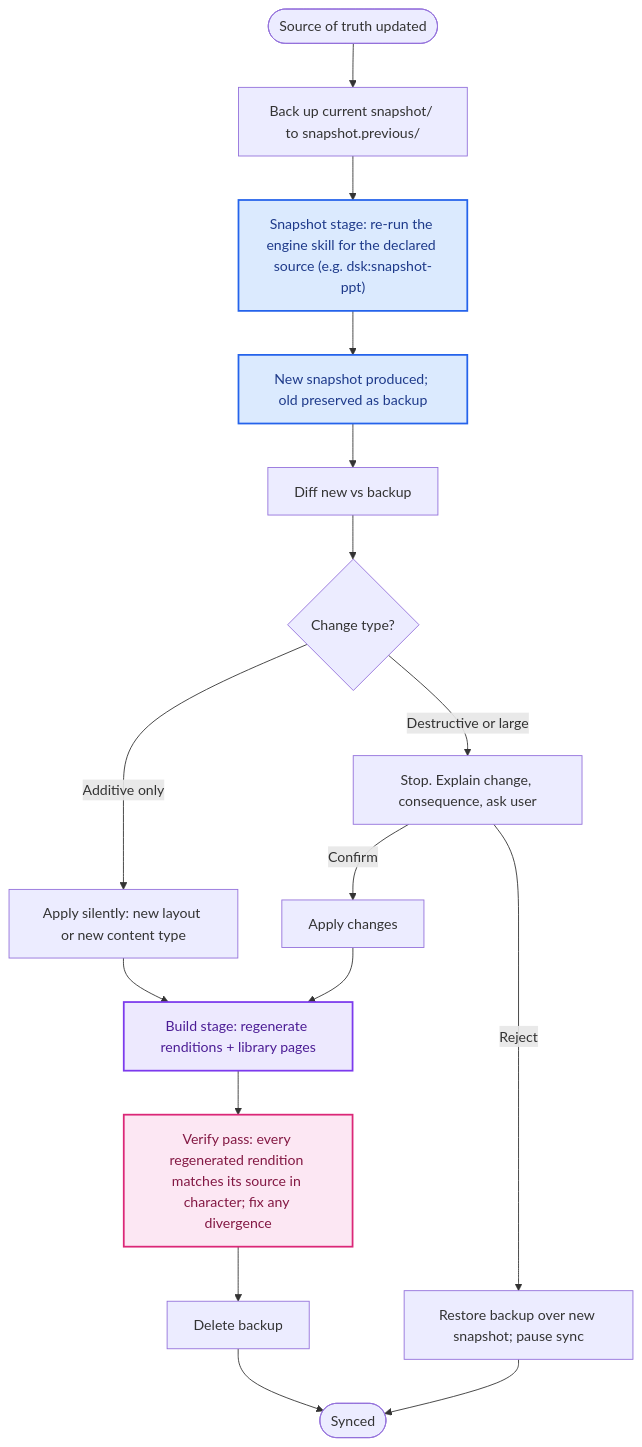
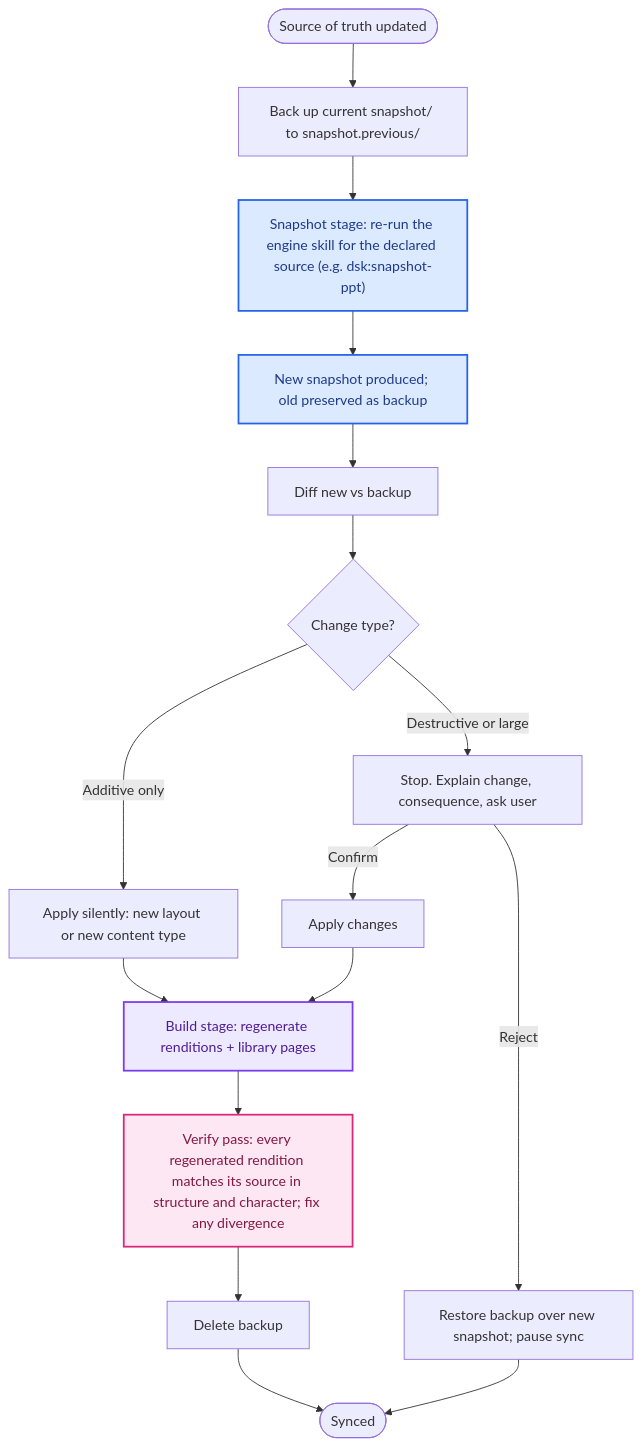
The fourth of 5 diagrams in dsk/skills/context/lifecycles.md (dawid-dahl-umain/design-system-kernel), drawn with Mermaid before and after one commit. The commit also changed other lines of this file and 5 other files, not shown here.

````diff
--- a/dsk/skills/context/lifecycles.md
+++ b/dsk/skills/context/lifecycles.md
@@ -142,25 +142,25 @@
 ```mermaid
 flowchart TD
     SourceChanged([Source of truth updated]) --> Backup["Back up current snapshot/ to snapshot.previous/"]
     Backup --> ReSnapshot["Snapshot stage: re-run the engine skill for the declared source (e.g. dsk:snapshot-ppt)"]
     ReSnapshot --> NewSnapshot[New snapshot produced; old preserved as backup]
     NewSnapshot --> Diff[Diff new vs backup]
     Diff --> Classify{Change type?}
     Classify -->|Additive only| AutoApply[Apply silently: new layout or new content type]
     Classify -->|Destructive or large| AskUser[Stop. Explain change, consequence, ask user]
     AskUser -->|Confirm| Apply[Apply changes]
     AskUser -->|Reject| Rollback[Restore backup over new snapshot; pause sync]
     AutoApply --> RegenArtifacts["Build stage: regenerate renditions + library pages"]
     Apply --> RegenArtifacts
-    RegenArtifacts --> Verify["Verify pass: every regenerated rendition matches its source in character; fix any divergence"]
+    RegenArtifacts --> Verify["Verify pass: every regenerated rendition matches its source in structure and character; fix any divergence"]
     Verify --> Cleanup[Delete backup]
     Cleanup --> Done([Synced])
     Rollback --> Done
 
     classDef snapshotStage fill:#dbeafe,stroke:#2563eb,stroke-width:2px,color:#1e3a8a
     classDef buildStage    fill:#ede9fe,stroke:#7c3aed,stroke-width:2px,color:#4c1d95
     classDef verifyStage   fill:#fce7f3,stroke:#db2777,stroke-width:2px,color:#831843
     class ReSnapshot,NewSnapshot snapshotStage
     class RegenArtifacts buildStage
     class Verify verifyStage
 ```
````
